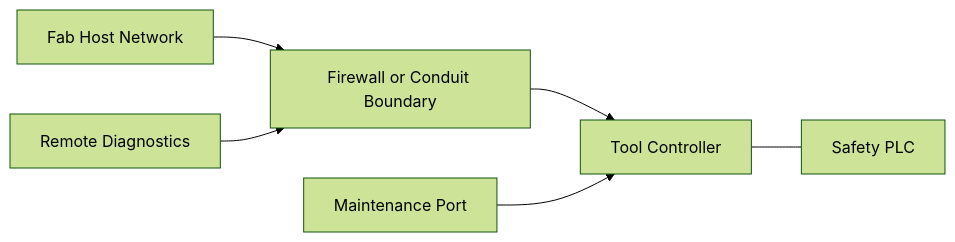
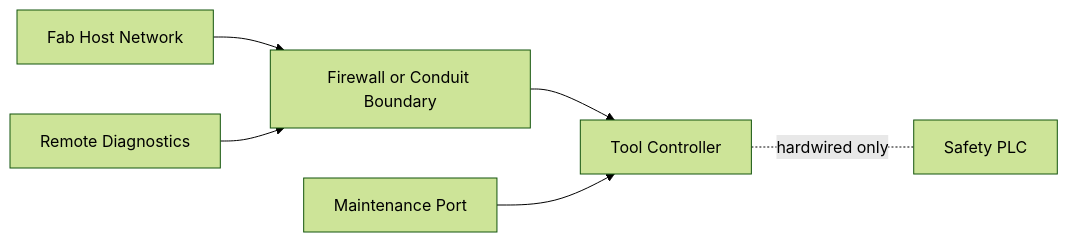
Before and after one commit to kyawminthu20/Control-System-Tools: the sixth of 6 diagrams in docs/scenarios/semiconductor-fab-tool/index.md, drawn with Mermaid (forest theme). The commit also changed other lines of this file, not shown here.

First line of the commit message:
fix: correct three diagram quality issues in semiconductor fab tool scenario

````diff
--- a/docs/scenarios/semiconductor-fab-tool/index.md
+++ b/docs/scenarios/semiconductor-fab-tool/index.md
@@ -255,14 +257,14 @@
 ```mermaid
 flowchart LR
     FH[Fab Host Network]
     FW[Firewall or Conduit Boundary]
     TC[Tool Controller]
     SP[Safety PLC]
     MP[Maintenance Port]
     RD[Remote Diagnostics]
 
     FH --> FW --> TC
-    TC --- SP
+    TC -. hardwired only .- SP
     MP --> TC
     RD --> FW
 ```
````
